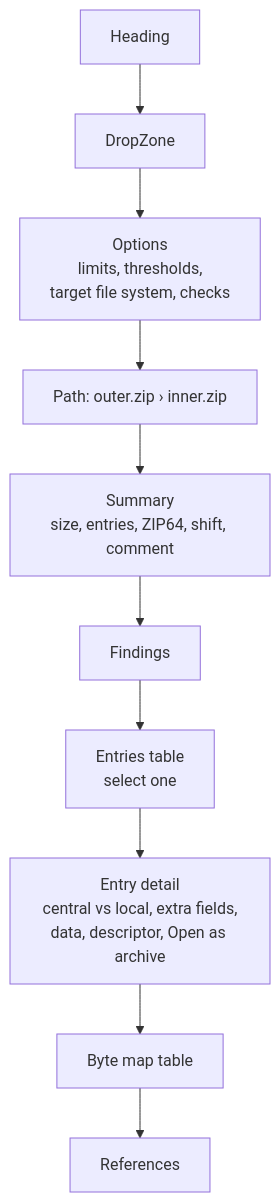
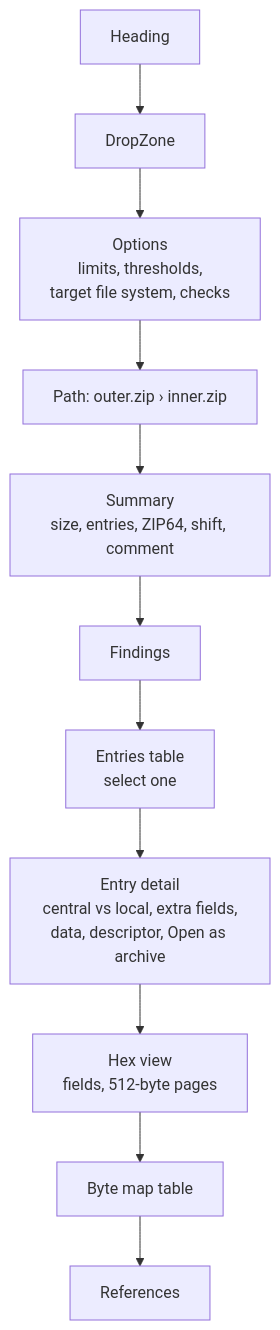
The third of 4 diagrams in docs/explanation/zip-architecture.md (photom/benchside), drawn with Mermaid before and after one commit. The commit also changed other lines of this file and 23 other files, not shown here.

Commit message:
Add the ZIP hex view of records and fields (#7)

````diff
--- a/docs/explanation/zip-architecture.md
+++ b/docs/explanation/zip-architecture.md
@@ -93,12 +99,13 @@
 ```mermaid
 flowchart TD
   h[Heading] --> drop[DropZone]
   drop --> options["Options<br/>limits, thresholds,<br/>target file system, checks"]
   options --> crumbs["Path: outer.zip › inner.zip"]
   crumbs --> summary["Summary<br/>size, entries, ZIP64, shift, comment"]
   summary --> findings[Findings]
   findings --> entries["Entries table<br/>select one"]
   entries --> detail["Entry detail<br/>central vs local, extra fields,<br/>data, descriptor, Open as archive"]
-  detail --> map["Byte map table"]
+  detail --> hexv["Hex view<br/>fields, 512-byte pages"]
+  hexv --> map["Byte map table"]
   map --> refs[References]
 ```
````
